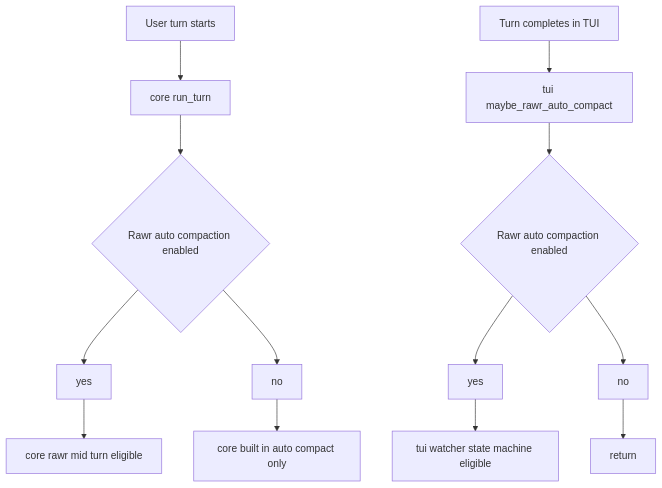
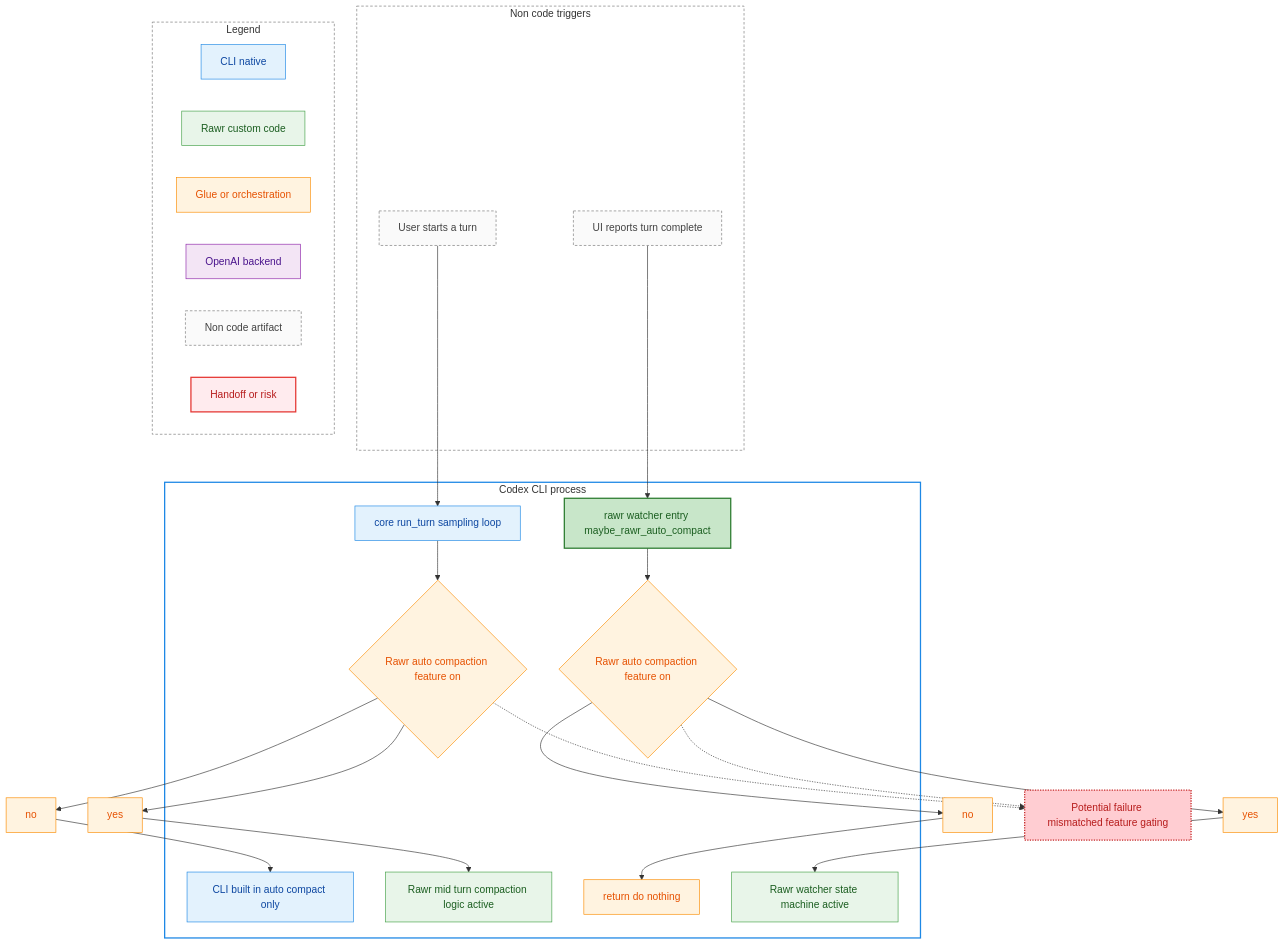
The first of 9 diagrams in rawr/issues/ISSUE-auto-compaction-handoff-workflow.md (rawr-ai/codex), drawn with Mermaid before and after one commit. The commit also changed other lines of this file, not shown here.

Commit message:
docs(rawr): annotate workflows with responsibilities

````diff
--- a/rawr/issues/ISSUE-auto-compaction-handoff-workflow.md
+++ b/rawr/issues/ISSUE-auto-compaction-handoff-workflow.md
@@ -35,16 +35,74 @@
 ```mermaid
 graph TD
-  A[User turn starts] --> B[core run_turn]
-  B --> C{Rawr auto compaction enabled}
+  subgraph ART[Non code triggers]
+    A[User starts a turn]
+    F[UI reports turn complete]
+  end
+
+  subgraph CLI[Codex CLI process]
+    B[core run_turn sampling loop]
+    C{Rawr auto compaction feature on}
+    D[CLI built in auto compact only]
+    E[Rawr mid turn compaction logic active]
+
+    G[rawr watcher entry maybe_rawr_auto_compact]
+    H{Rawr auto compaction feature on}
+    I[return do nothing]
+    J[Rawr watcher state machine active]
+  end
+
+  A --> B
+  B --> C
   C --> C_yes[yes]
-  C_yes --> E[core rawr mid turn eligible]
+  C_yes --> E
   C --> C_no[no]
-  C_no --> D[core built in auto compact only]
+  C_no --> D
 
-  F[Turn completes in TUI] --> G[tui maybe_rawr_auto_compact]
-  G --> H{Rawr auto compaction enabled}
+  F --> G
+  G --> H
   H --> H_yes[yes]
-  H_yes --> J[tui watcher state machine eligible]
+  H_yes --> J
   H --> H_no[no]
-  H_no --> I[return]
+  H_no --> I
+
+  R1[Potential failure mismatched feature gating]
+  C -.-> R1
+  H -.-> R1
+
+  subgraph Legend[Legend]
+    L1[CLI native]
+    L2[Rawr custom code]
+    L3[Glue or orchestration]
+    L4[OpenAI backend]
+    L5[Non code artifact]
+    L6[Handoff or risk]
+  end
+
+  classDef native fill:#E3F2FD,stroke:#1E88E5,color:#0D47A1;
+  classDef backend fill:#F3E5F5,stroke:#8E24AA,color:#4A148C;
+  classDef custom fill:#E8F5E9,stroke:#43A047,color:#1B5E20;
+  classDef customFn fill:#C8E6C9,stroke:#2E7D32,stroke-width:2px,color:#1B5E20;
+  classDef glue fill:#FFF3E0,stroke:#FB8C00,color:#E65100;
+  classDef artifact fill:#FAFAFA,stroke:#757575,stroke-dasharray:4 3,color:#424242;
+  classDef handoff fill:#FFEBEE,stroke:#E53935,stroke-width:2px,color:#B71C1C;
+  classDef risk fill:#FFCDD2,stroke:#C62828,stroke-width:2px,stroke-dasharray:2 2,color:#B71C1C;
+
+  class A,F artifact;
+  class B,D native;
+  class C,H,C_yes,C_no,H_yes,H_no glue;
+  class E,J custom;
+  class G customFn;
+  class I glue;
+  class R1 risk;
+
+  class L1 native;
+  class L2 custom;
+  class L3 glue;
+  class L4 backend;
+  class L5 artifact;
+  class L6 handoff;
+
+  style CLI fill:#ffffff,stroke:#1E88E5,stroke-width:2px;
+  style ART fill:#ffffff,stroke:#757575,stroke-width:1px,stroke-dasharray:4 3;
+  style Legend fill:#ffffff,stroke:#757575,stroke-width:1px,stroke-dasharray:4 3;
 ```
````
